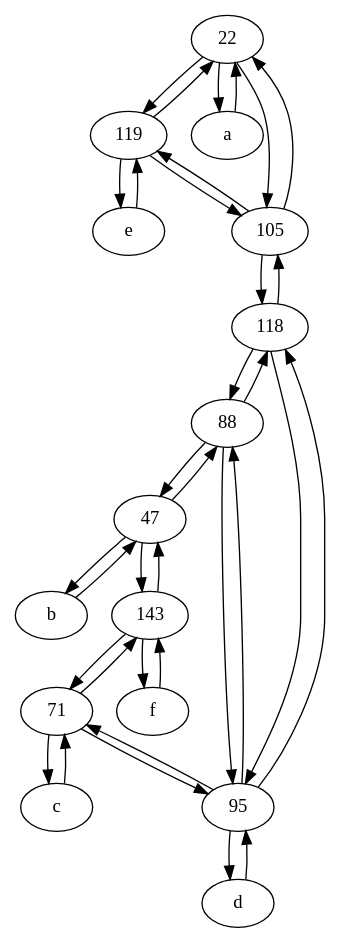
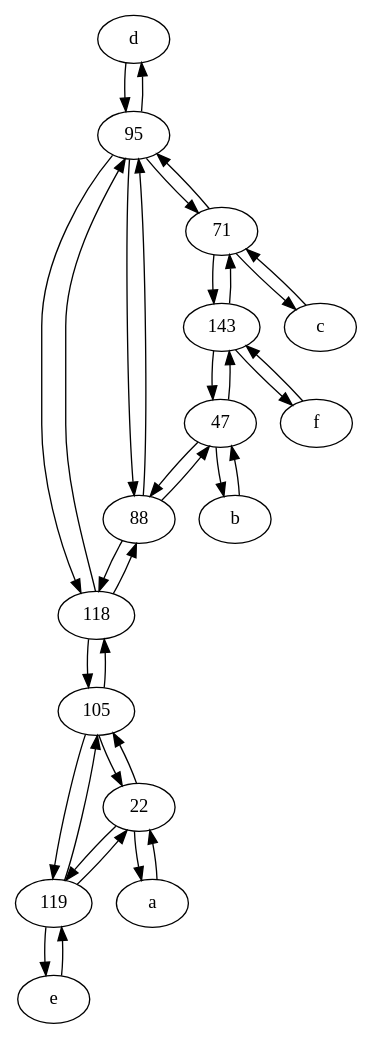
The diagram in results_distance/tata/topologyorig.dot (anisabnis/graph_inference), drawn with Graphviz before and after one commit. The commit also changed other lines of this file and 156 other files, not shown here.

```diff
--- a/results_distance/tata/topologyorig.dot
+++ b/results_distance/tata/topologyorig.dot
@@ -1,52 +1,52 @@
 digraph  {
-	22;
+	d [pos="20,30!"];
+	95;
+	b [pos="50,20!"];
 	88;
-	119;
 	47;
-	b [pos="50,20!"];
 	e [pos="30,50!"];
+	143;
 	118;
-	143;
 	c [pos="20,10!"];
+	f [pos="15,45!"];
 	a [pos="40,10!"];
 	71;
+	119;
 	105;
-	f [pos="15,45!"];
-	d [pos="20,30!"];
-	95;
+	22;
+	71 -> 143;
+	71 -> c;
+	143 -> 47;
+	47 -> b;
+	95 -> 88;
+	143 -> 71;
+	95 -> 71;
+	143 -> f;
+	47 -> 143;
+	95 -> d;
+	119 -> e;
+	a -> 22;
+	88 -> 118;
+	22 -> 105;
+	119 -> 105;
+	71 -> 95;
+	118 -> 105;
+	d -> 95;
 	88 -> 95;
+	c -> 71;
+	119 -> 22;
+	b -> 47;
 	105 -> 118;
-	118 -> 105;
-	71 -> 143;
-	143 -> 71;
+	105 -> 22;
+	e -> 119;
+	88 -> 47;
+	47 -> 88;
+	118 -> 88;
+	95 -> 118;
+	22 -> a;
 	22 -> 119;
-	47 -> b;
-	b -> 47;
-	d -> 95;
-	119 -> 105;
-	143 -> 47;
-	a -> 22;
-	47 -> 143;
-	71 -> c;
-	47 -> 88;
-	c -> 71;
-	22 -> a;
-	95 -> 118;
-	143 -> f;
-	22 -> 105;
-	119 -> e;
-	95 -> 71;
-	119 -> 22;
+	105 -> 119;
+	f -> 143;
 	118 -> 95;
-	95 -> 88;
-	105 -> 22;
-	88 -> 47;
-	88 -> 118;
-	95 -> d;
-	e -> 119;
-	f -> 143;
-	118 -> 88;
-	71 -> 95;
-	105 -> 119;
 
 	}
```
